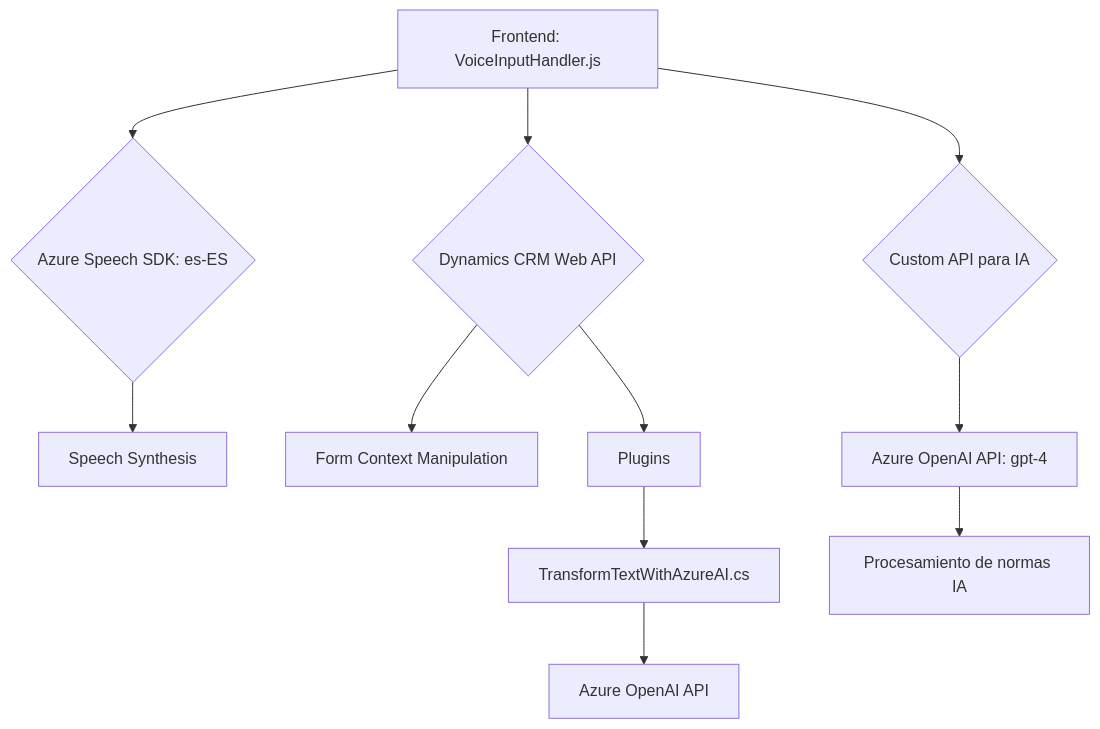
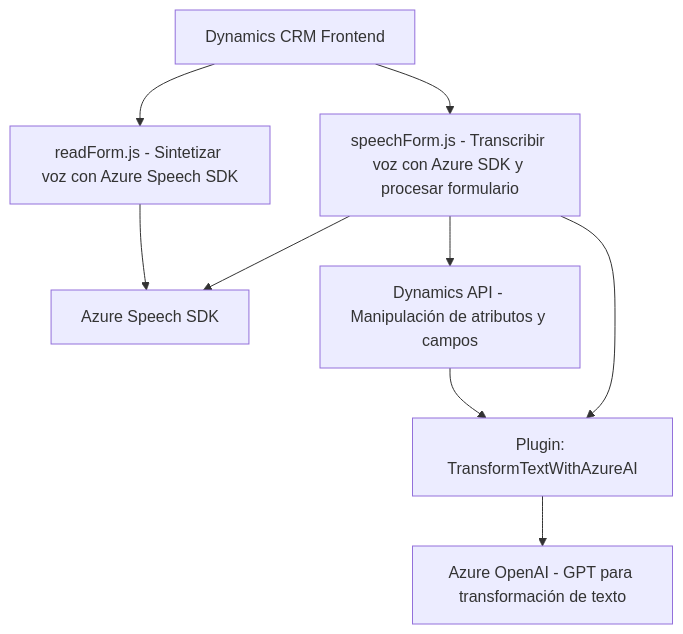
The diagram in README.md (blopezdm/NETCORE_BILBAO2025), drawn with Mermaid before and after one commit. The commit also changed other lines of this file, not shown here.

Commit message:
Actualizar análisis global de la solución con IA

````diff
--- a/README.md
+++ b/README.md
@@ -37,13 +39,19 @@
 ```mermaid
 graph TD
-A["Frontend: VoiceInputHandler.js"] --> B{"Azure Speech SDK: es-ES"}
-A --> C{"Dynamics CRM Web API"}
-A --> D{"Custom API para IA"}
-B --> E["Speech Synthesis"]
-C --> F["Form Context Manipulation"]
-D --> G["Azure OpenAI API: gpt-4"]
-G --> H["Procesamiento de normas IA"]
-C --> I["Plugins"]
-I --> J["TransformTextWithAzureAI.cs"]
-J --> K["Azure OpenAI API"]
+    A["Dynamics CRM Frontend"]
+    B["readForm.js - Sintetizar voz con Azure Speech SDK"]
+    C["speechForm.js - Transcribir voz con Azure SDK y procesar formulario"]
+    D["Dynamics API - Manipulación de atributos y campos"]
+    E["Azure Speech SDK"]
+    F["Plugin: TransformTextWithAzureAI"]
+    G["Azure OpenAI - GPT para transformación de texto"]
+
+    A --> B
+    A --> C
+    B --> E
+    C --> E
+    C --> D
+    C --> F
+    F --> G
+    D --> F
 ```
````
